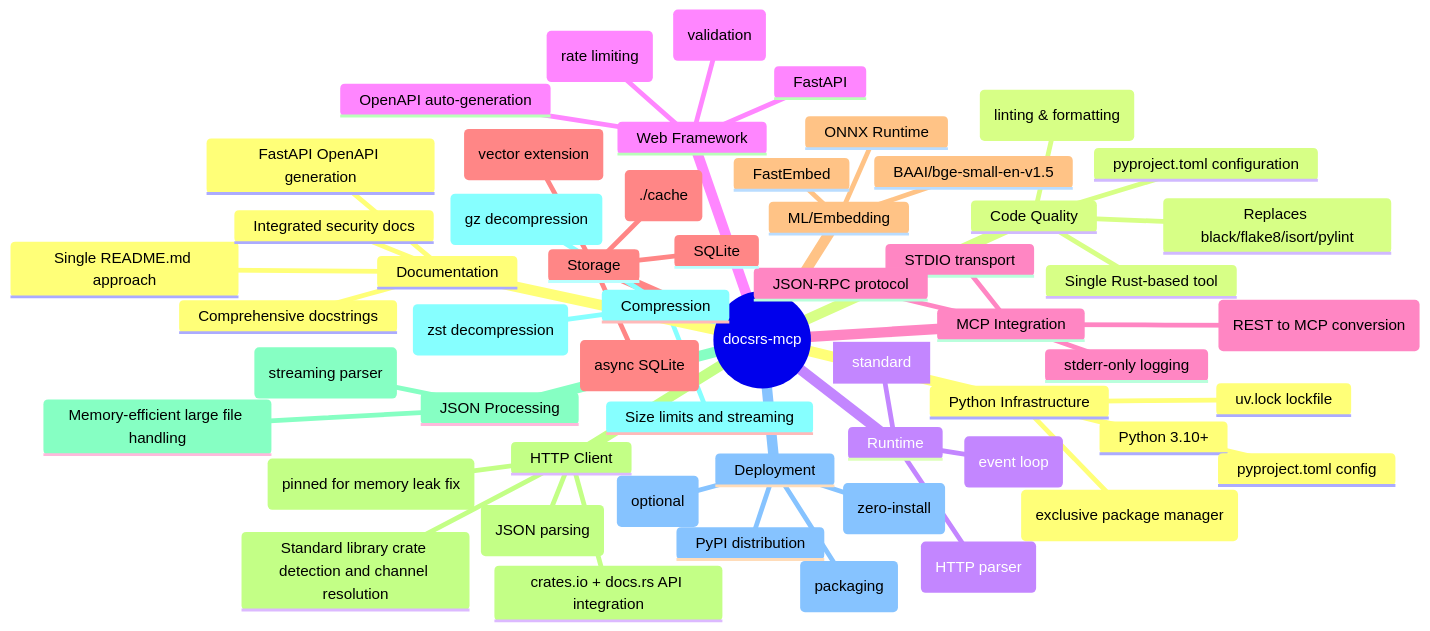
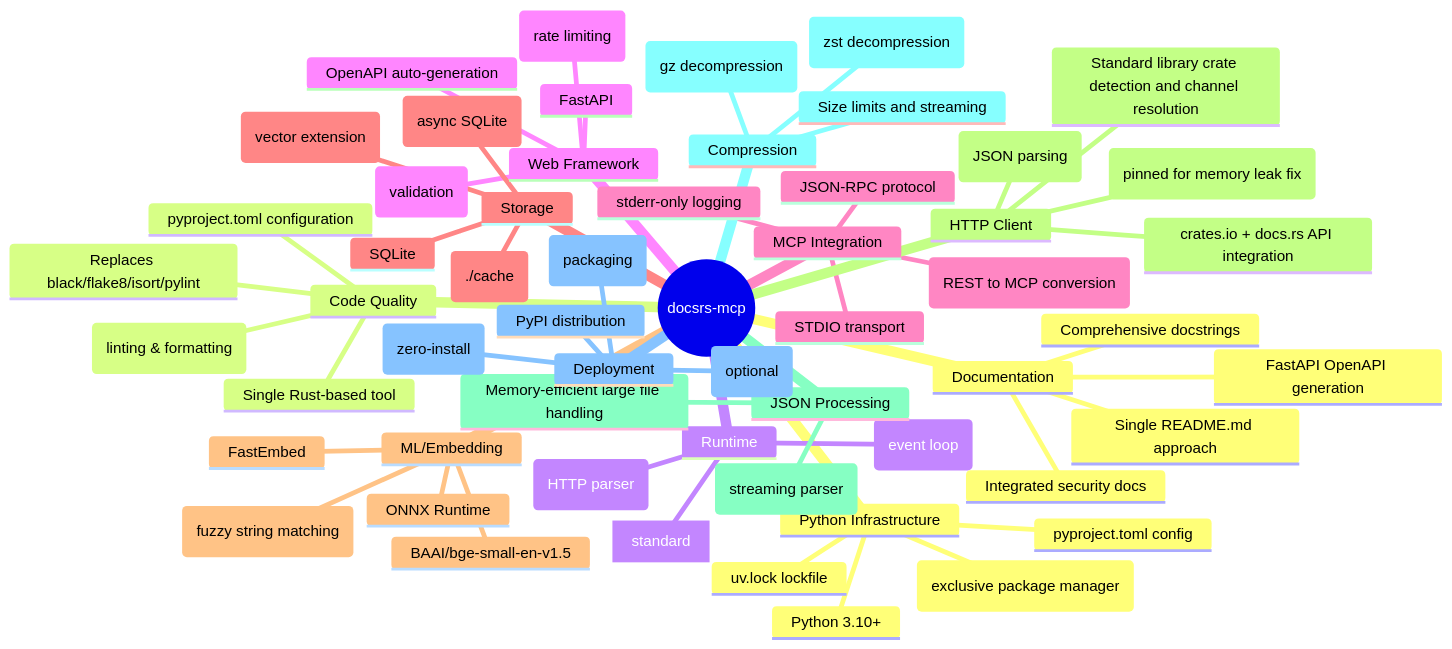
The tenth of 32 diagrams in Architecture.md (RimoVR/docsrs-mcp), drawn with Mermaid before and after one commit. The commit also changed other lines of this file and 11 other files, not shown here.

````diff
--- a/Architecture.md
+++ b/Architecture.md
@@ -573,70 +573,71 @@
 ```mermaid
 mindmap
   root((docsrs-mcp))
     Python Infrastructure
       uv (exclusive package manager)
       Python 3.10+
       pyproject.toml config
       uv.lock lockfile
       
     Code Quality
       Ruff (linting & formatting)
       Replaces black/flake8/isort/pylint
       Single Rust-based tool
       pyproject.toml configuration
       
     Runtime
       uvicorn[standard]
       uvloop (event loop)
       httptools (HTTP parser)
     
     Web Framework
       FastAPI
       Pydantic (validation)
       slowapi (rate limiting)
       OpenAPI auto-generation
       
     MCP Integration
       FastMCP (REST to MCP conversion)
       STDIO transport
       JSON-RPC protocol
       stderr-only logging
       
     Storage
       SQLite
       sqlite-vec (vector extension)
       aiosqlite (async SQLite)
       File-based cache (./cache)
       
     ML/Embedding
       FastEmbed
       ONNX Runtime
       BAAI/bge-small-en-v1.5
+      RapidFuzz (fuzzy string matching)
       
     HTTP Client
       aiohttp 3.9.5 (pinned for memory leak fix)
       orjson (JSON parsing)
       crates.io + docs.rs API integration
       Standard library crate detection and channel resolution
       
     JSON Processing
       ijson (streaming parser)
       Memory-efficient large file handling
       
     Compression
       zstandard (zst decompression)
       gzip (gz decompression)
       Size limits and streaming
       
     Deployment
       uvx (zero-install)
       uv build (packaging)
       Docker (optional)
       PyPI distribution
       
     Documentation
       FastAPI OpenAPI generation
       Comprehensive docstrings
       Single README.md approach
       Integrated security docs
 ```
````
